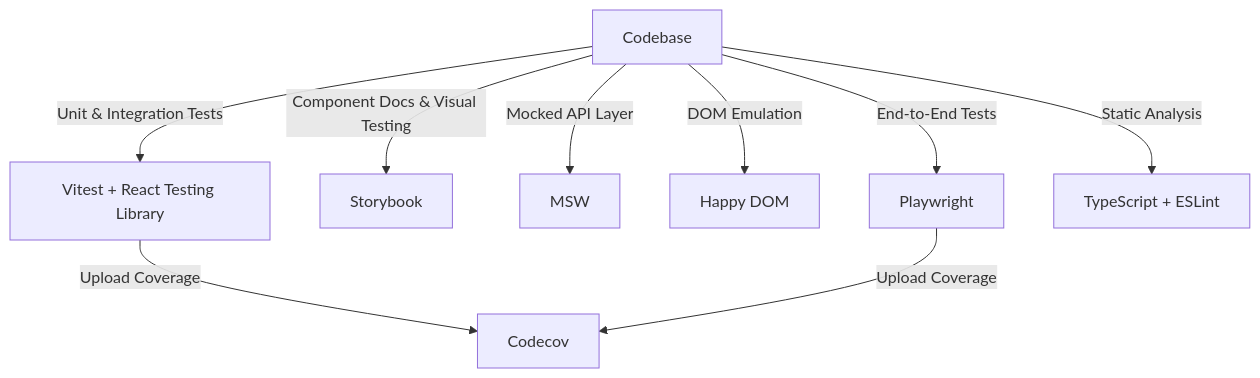
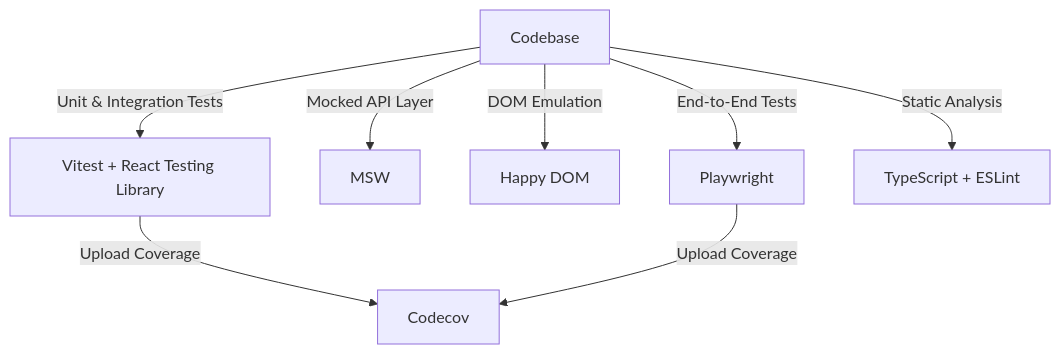
One commit to jimmy-guzman/popcorn.fyi changed the diagram in docs/testing.md. Above: the diagram before and after it, drawn with Mermaid. The commit also changed other lines of this file and 21 other files, not shown here.

````diff
--- a/docs/testing.md
+++ b/docs/testing.md
@@ -3,10 +3,9 @@
 ```mermaid
 graph TD;
   A[Codebase] -->|Unit & Integration Tests| B[Vitest + React Testing Library]
-  A -->|Component Docs & Visual Testing| C[Storybook]
   A -->|Mocked API Layer| D[MSW]
   A -->|DOM Emulation| E[Happy DOM]
   A -->|End-to-End Tests| F[Playwright]
   A -->|Static Analysis| G[TypeScript + ESLint]
   B & F -->|Upload Coverage| H[Codecov]
 ```
````
